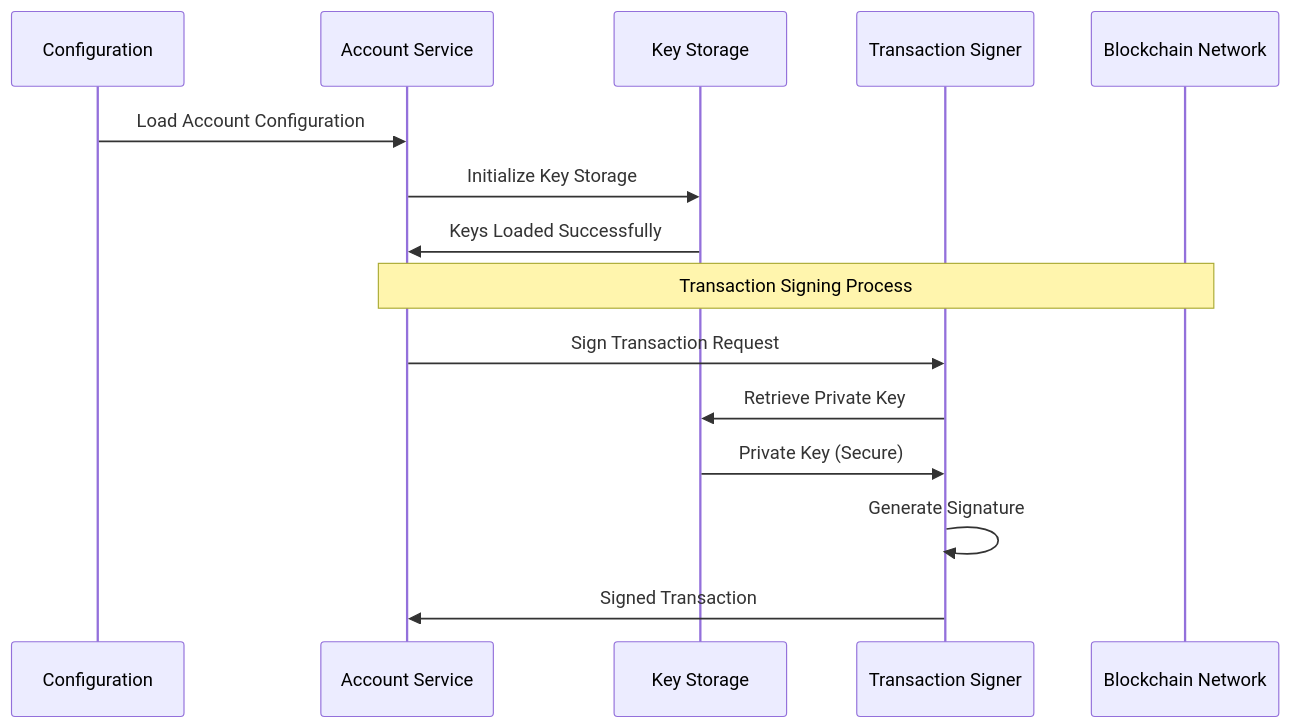
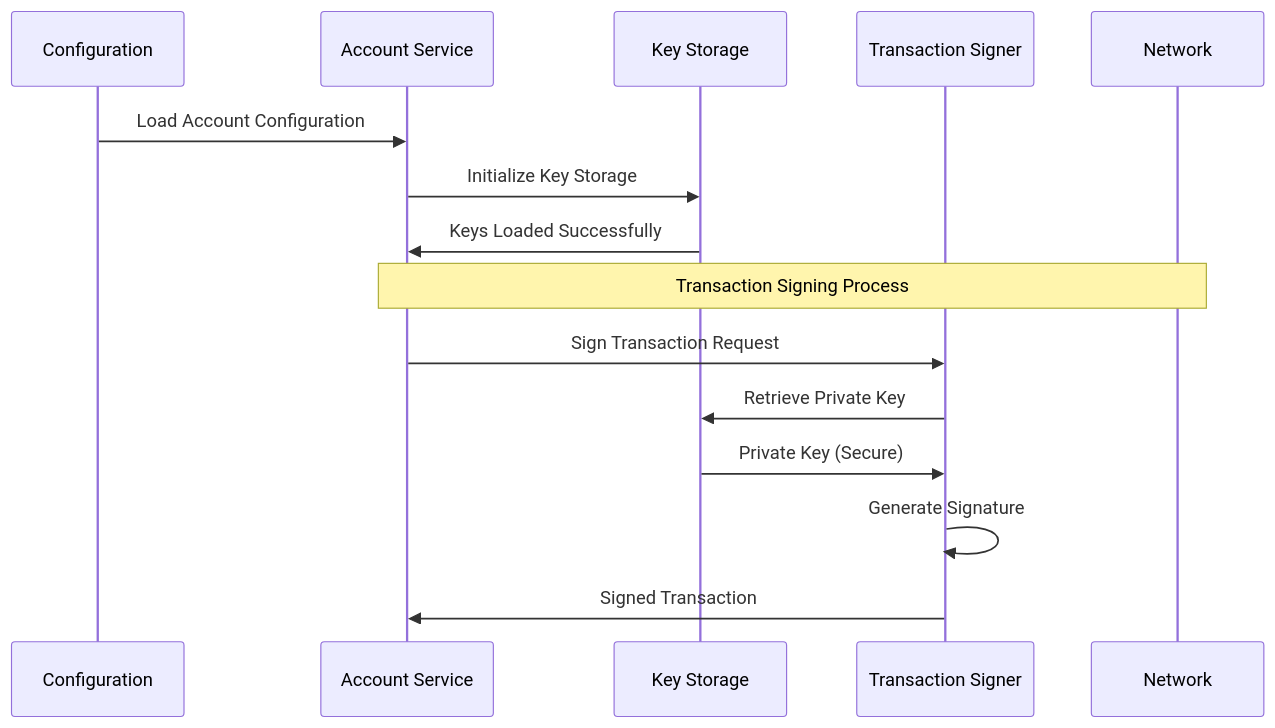
One commit to openintentsframework/oif-solver changed the second of 2 diagrams in docs/developer/crates/solver-account.md. Above: the diagram before and after it, drawn with Mermaid. The commit also changed other lines of this file and 9 other files, not shown here.

````diff
--- a/docs/developer/crates/solver-account.md
+++ b/docs/developer/crates/solver-account.md
@@ -39,19 +37,18 @@
 ```mermaid
 sequenceDiagram
     participant Config as Configuration
     participant Account as Account Service
     participant KeyStore as Key Storage
     participant Signer as Transaction Signer
-    participant Network as Blockchain Network
 
     Config->>Account: Load Account Configuration
     Account->>KeyStore: Initialize Key Storage
     KeyStore->>Account: Keys Loaded Successfully
 
     Note over Account,Network: Transaction Signing Process
     Account->>Signer: Sign Transaction Request
     Signer->>KeyStore: Retrieve Private Key
     KeyStore->>Signer: Private Key (Secure)
     Signer->>Signer: Generate Signature
     Signer->>Account: Signed Transaction
 ```
````
